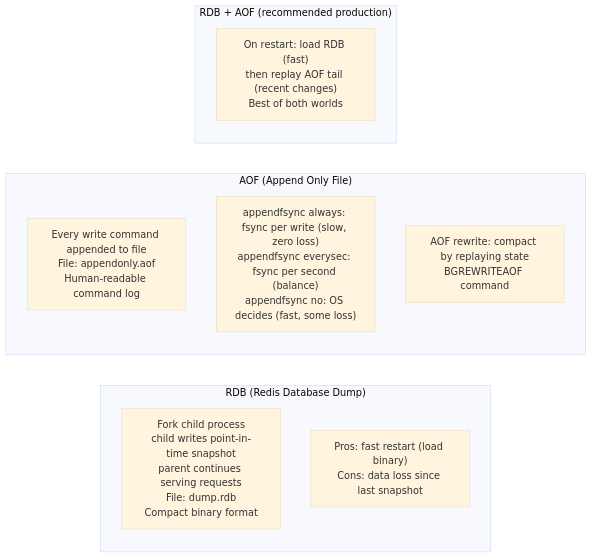
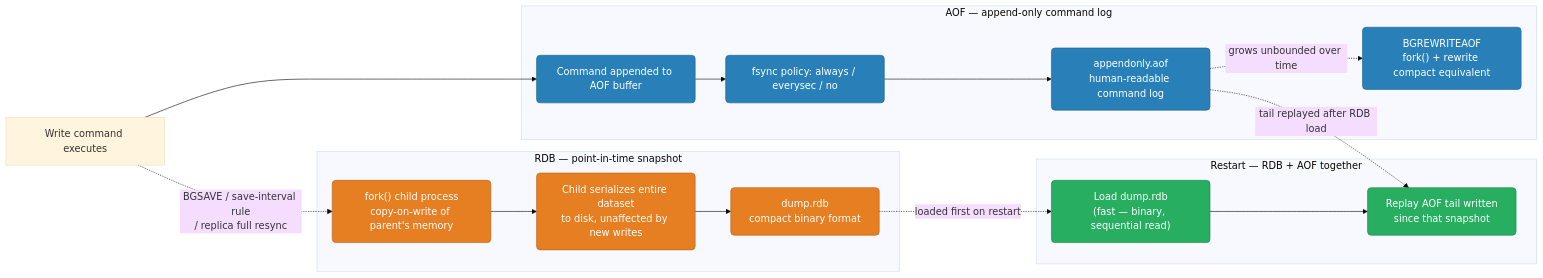
The third of 9 diagrams in databases/redis-internals.md (deepanshu-rawat6/DevOpsIndex), drawn with Mermaid (base theme) before and after one commit. The commit also changed other lines of this file and 7 other files, not shown here.

````diff
--- a/databases/redis-internals.md
+++ b/databases/redis-internals.md
@@ -40,15 +117,34 @@
 ```mermaid
 graph LR
-    subgraph RDB["RDB (Redis Database Dump)"]
-        RDB1["Fork child process<br>child writes point-in-time snapshot<br>parent continues serving requests<br>File: dump.rdb<br>Compact binary format"]
-        RDB2["Pros: fast restart (load binary)<br>Cons: data loss since last snapshot"]
+    classDef rdb fill:#e67e22,stroke:#ba6018,color:#fff,rx:6
+    classDef aof fill:#2980b9,stroke:#1f618d,color:#fff,rx:6
+    classDef both fill:#27ae60,stroke:#1e8449,color:#fff,rx:6
+
+    WRITE["Write command executes"] --> AOFBUF
+    WRITE -.->|"BGSAVE / save-interval rule<br/>/ replica full resync"| FORK
+
+    subgraph RDBFLOW["RDB — point-in-time snapshot"]
+        FORK["fork() child process<br/>copy-on-write of parent's memory"]:::rdb
+        SNAP["Child serializes entire dataset<br/>to disk, unaffected by new writes"]:::rdb
+        DUMP["dump.rdb<br/>compact binary format"]:::rdb
+        FORK --> SNAP --> DUMP
     end
-    subgraph AOF["AOF (Append Only File)"]
-        AOF1["Every write command appended to file<br>File: appendonly.aof<br>Human-readable command log"]
-        AOF2["appendfsync always: fsync per write (slow, zero loss)<br>appendfsync everysec: fsync per second (balance)<br>appendfsync no: OS decides (fast, some loss)"]
-        AOF3["AOF rewrite: compact by replaying state<br>BGREWRITEAOF command"]
+
+    subgraph AOFFLOW["AOF — append-only command log"]
+        AOFBUF["Command appended to AOF buffer"]:::aof
+        FSYNC["fsync policy: always / everysec / no"]:::aof
+        AOFFILE["appendonly.aof<br/>human-readable command log"]:::aof
+        REWRITE["BGREWRITEAOF<br/>fork() + rewrite compact equivalent"]:::aof
+        AOFBUF --> FSYNC --> AOFFILE
+        AOFFILE -.->|"grows unbounded over time"| REWRITE
     end
-    subgraph BOTH["RDB + AOF (recommended production)"]
-        B1["On restart: load RDB (fast)<br>then replay AOF tail (recent changes)<br>Best of both worlds"]
+
+    subgraph RESTART["Restart — RDB + AOF together"]
+        LOADRDB["Load dump.rdb<br/>(fast — binary, sequential read)"]:::both
+        REPLAY["Replay AOF tail written<br/>since that snapshot"]:::both
+        LOADRDB --> REPLAY
     end
+
+    DUMP -.->|"loaded first on restart"| LOADRDB
+    AOFFILE -.->|"tail replayed after RDB load"| REPLAY
 ```
````
